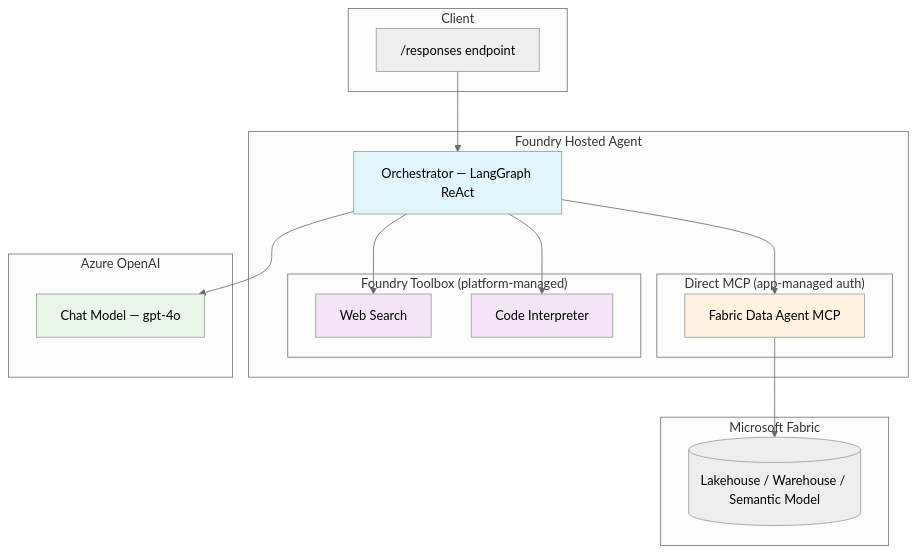
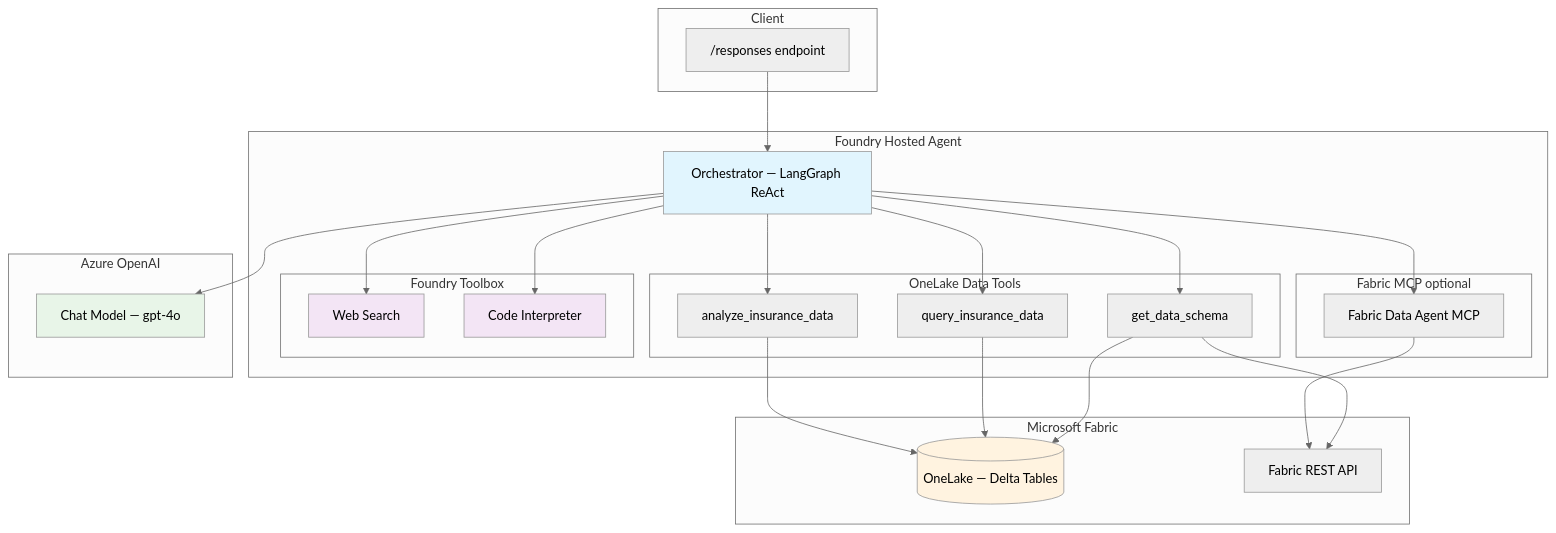
The diagram in README.md (Ritaja/foundry-langgraph-toolbox), drawn with Mermaid (neutral theme) before and after one commit. The commit also changed other lines of this file and 6 other files, not shown here.

First line of the commit message:
feat: OneLake delta table data access + cleanup diagnostic code

````diff
--- a/README.md
+++ b/README.md
@@ -18,38 +18,51 @@
 ```mermaid
 graph TB
     subgraph "Client"
         API["/responses endpoint"]
     end
 
     subgraph "Foundry Hosted Agent"
         ORCH[Orchestrator — LangGraph ReAct]
-        subgraph "Direct MCP (app-managed auth)"
+        subgraph "OneLake Data Tools"
+            SCHEMA[get_data_schema]
+            QUERY[query_insurance_data]
+            ANALYZE[analyze_insurance_data]
+        end
+        subgraph "Fabric MCP optional"
             FABRIC_MCP[Fabric Data Agent MCP]
         end
-        subgraph "Foundry Toolbox (platform-managed)"
+        subgraph "Foundry Toolbox"
             WEB[Web Search]
             CODE[Code Interpreter]
         end
     end
 
     subgraph "Microsoft Fabric"
-        LAKEHOUSE[(Lakehouse / Warehouse / Semantic Model)]
+        ONELAKE[(OneLake — Delta Tables)]
+        FABRIC_API[Fabric REST API]
     end
 
     subgraph "Azure OpenAI"
         LLM[Chat Model — gpt-4o]
     end
 
     API --> ORCH
+    ORCH --> SCHEMA
+    ORCH --> QUERY
+    ORCH --> ANALYZE
     ORCH --> FABRIC_MCP
     ORCH --> WEB
     ORCH --> CODE
-    FABRIC_MCP --> LAKEHOUSE
+    SCHEMA --> FABRIC_API
+    SCHEMA --> ONELAKE
+    QUERY --> ONELAKE
+    ANALYZE --> ONELAKE
+    FABRIC_MCP --> FABRIC_API
     ORCH --> LLM
 
     style ORCH fill:#e1f5fe
-    style FABRIC_MCP fill:#fff3e0
+    style ONELAKE fill:#fff3e0
     style LLM fill:#e8f5e8
     style WEB fill:#f3e5f5
     style CODE fill:#f3e5f5
 ```
````
